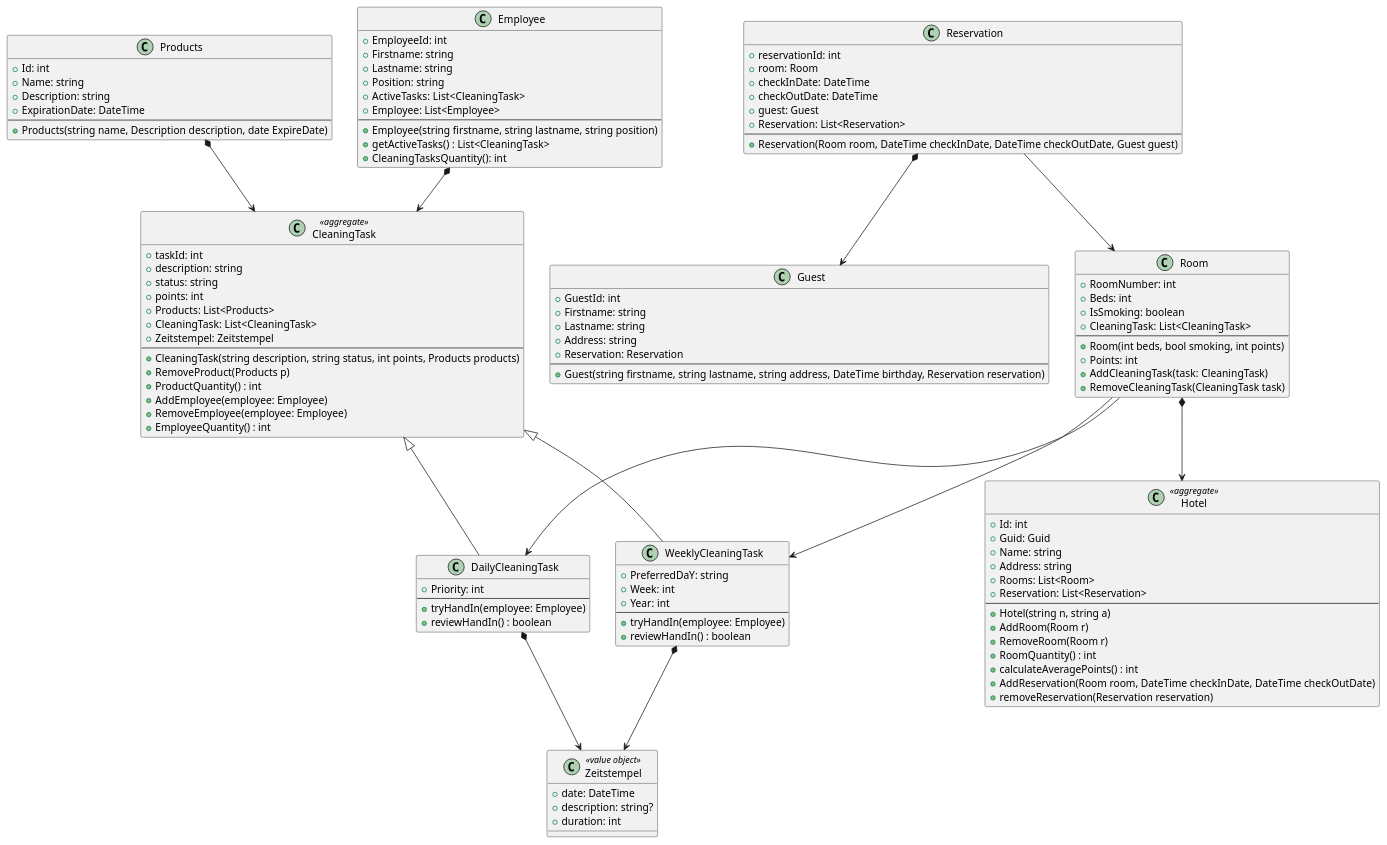
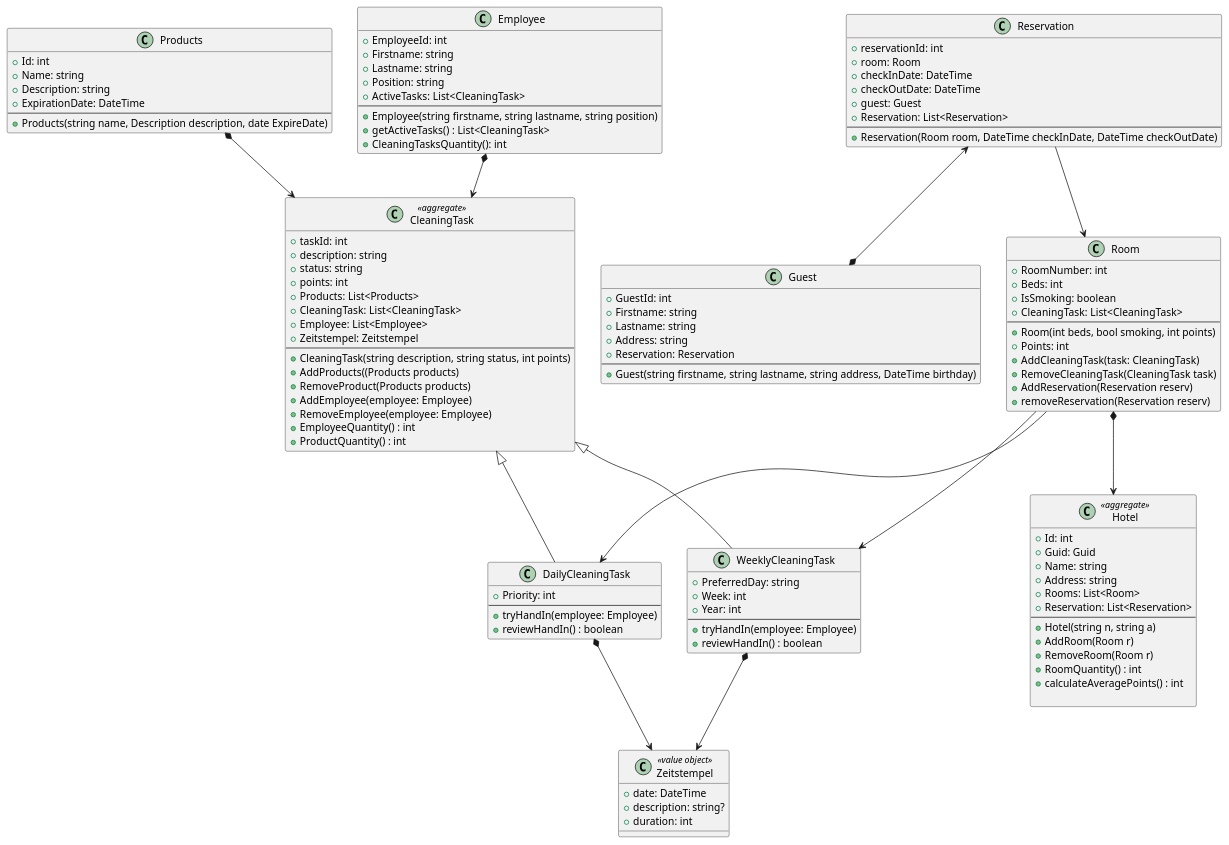
The diagram in Diagram/diagram.puml (LukasW2/Reinigungsverwaltung_Wezo), drawn with PlantUML before and after one commit. The commit also changed 22 other files, not shown here.

```diff
--- a/Diagram/diagram.puml
+++ b/Diagram/diagram.puml
@@ -1,126 +1,128 @@
 @startuml
 
 class CleaningTask <<aggregate>> {
   +taskId: int
   +description: string
   +status: string
   +points: int
   +Products: List<Products>
   +CleaningTask: List<CleaningTask>
+  +Employee: List<Employee>
   +Zeitstempel: Zeitstempel
   --
-  +CleaningTask(string description, string status, int points, Products products)
-  +RemoveProduct(Products p) 
-  +ProductQuantity() : int
+  +CleaningTask(string description, string status, int points)
+  +AddProducts((Products products)
+  +RemoveProduct(Products products) 
   +AddEmployee(employee: Employee)
   +RemoveEmployee(employee: Employee)
   +EmployeeQuantity() : int 
+  +ProductQuantity() : int
 }
 
 class DailyCleaningTask extends CleaningTask {
   +Priority: int
   --
   +tryHandIn(employee: Employee)
   +reviewHandIn() : boolean
 }
 
 class WeeklyCleaningTask extends CleaningTask {
-  +PreferredDaY: string
+  +PreferredDay: string
   +Week: int
   +Year: int
   --
   +tryHandIn(employee: Employee)
   +reviewHandIn() : boolean
 }
 
 class Employee {
   +EmployeeId: int
   +Firstname: string
   +Lastname: string
   +Position: string
   +ActiveTasks: List<CleaningTask>
-  +Employee: List<Employee>
   --
   +Employee(string firstname, string lastname, string position)
   +getActiveTasks() : List<CleaningTask>
   +CleaningTasksQuantity(): int
 }
 
 class Zeitstempel <<value object>>{
     +date: DateTime
     +description: string?
     +duration: int
 }
 
 
 class Products {
   + Id: int
   + Name: string
   + Description: string
   + ExpirationDate: DateTime
   --
   + Products(string name, Description description, date ExpireDate)
 }
 
 class Room {
   +RoomNumber: int
   +Beds: int
   +IsSmoking: boolean
   +CleaningTask: List<CleaningTask>
   --
   +Room(int beds, bool smoking, int points)
   +Points: int
   +AddCleaningTask(task: CleaningTask)
   +RemoveCleaningTask(CleaningTask task)
+  +AddReservation(Reservation reserv)
+  +removeReservation(Reservation reserv)
 }
 
 class Hotel <<aggregate>> {
   +Id: int
   +Guid: Guid
   +Name: string
   +Address: string
   +Rooms: List<Room>
   +Reservation: List<Reservation>
   --
   +Hotel(string n, string a)
   +AddRoom(Room r)
   +RemoveRoom(Room r)
   +RoomQuantity() : int
   +calculateAveragePoints() : int
-  +AddReservation(Room room, DateTime checkInDate, DateTime checkOutDate)
-  +removeReservation(Reservation reservation)
+  
 }
 
 class Guest {
   +GuestId: int
   +Firstname: string
   +Lastname: string
   +Address: string
   +Reservation: Reservation
   --
-  +Guest(string firstname, string lastname, string address, DateTime birthday, Reservation reservation)
+  +Guest(string firstname, string lastname, string address, DateTime birthday)
 }
 
 class Reservation {
   +reservationId: int
   +room: Room
   +checkInDate: DateTime
   +checkOutDate: DateTime
   +guest: Guest
   +Reservation: List<Reservation>
   --
-  +Reservation(Room room, DateTime checkInDate, DateTime checkOutDate, Guest guest)
+  +Reservation(Room room, DateTime checkInDate, DateTime checkOutDate)
 }
 
 DailyCleaningTask *--> Zeitstempel
 WeeklyCleaningTask *--> Zeitstempel
 
 Employee *--> CleaningTask
 Room --> DailyCleaningTask
 Room --> WeeklyCleaningTask
 Room *--> Hotel
-Reservation *--> Guest
+Reservation <--* Guest
 Reservation --> Room
 Products *--> CleaningTask
 
 @enduml
```
